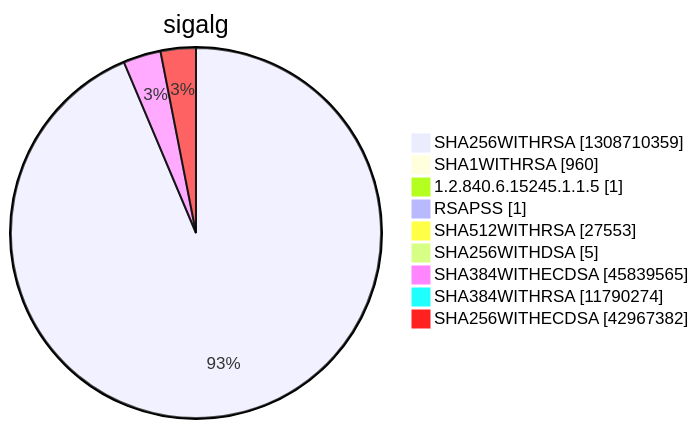
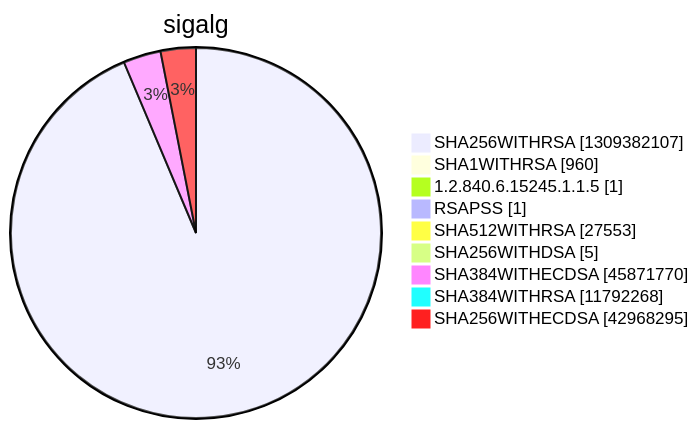
Before and after one commit to christiankrug/ctmonitor_visualization: diagram 15 of 15 in argon2022/README.md, drawn with Mermaid. The commit also changed other lines of this file, not shown here.

````diff
--- a/argon2022/README.md
+++ b/argon2022/README.md
@@ -5523,13 +5523,13 @@
 ```mermaid
 pie showData
 title sigalg
-"SHA256WITHRSA" :1308710359
+"SHA256WITHRSA" :1309382107
 "SHA1WITHRSA" :960
 "1.2.840.6.15245.1.1.5" :1
 "RSAPSS" :1
 "SHA512WITHRSA" :27553
 "SHA256WITHDSA" :5
-"SHA384WITHECDSA" :45839565
-"SHA384WITHRSA" :11790274
-"SHA256WITHECDSA" :42967382
+"SHA384WITHECDSA" :45871770
+"SHA384WITHRSA" :11792268
+"SHA256WITHECDSA" :42968295
 ```
````
